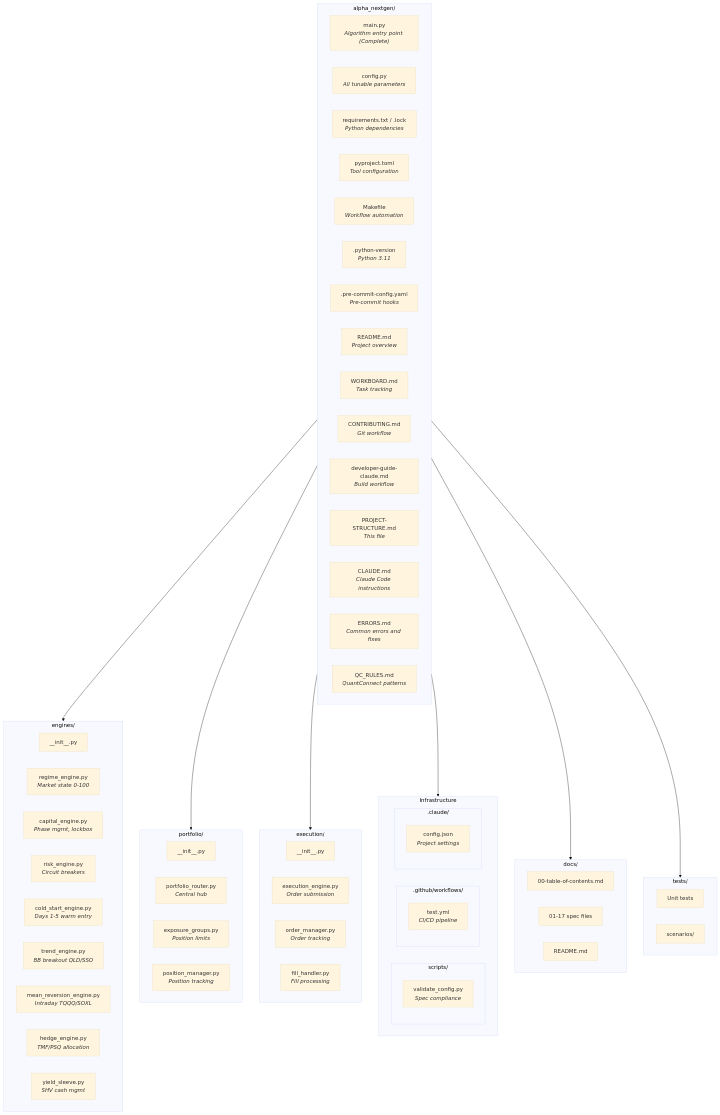
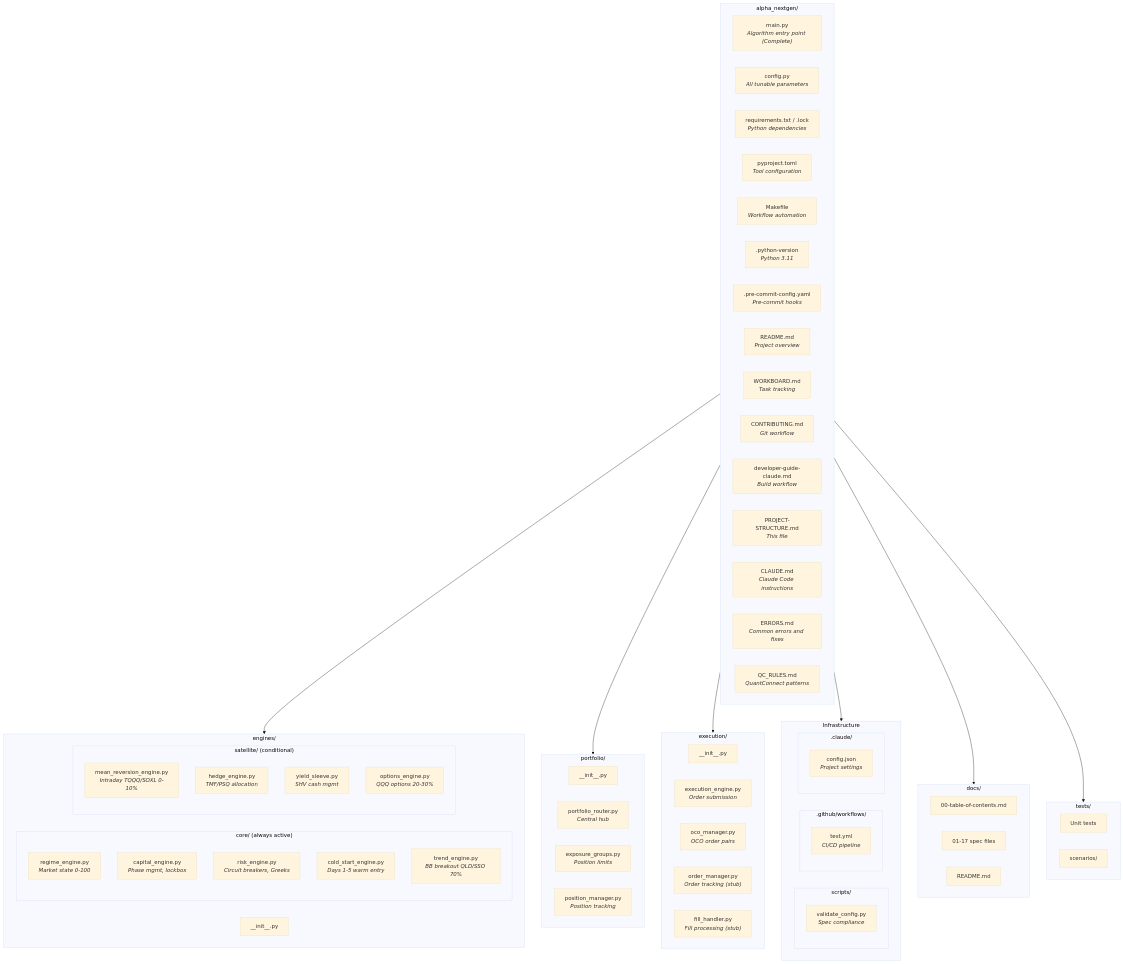
One commit to vickdavinci/alpha-nextgen-v2-private changed the first of 2 diagrams in PROJECT-STRUCTURE.md. Above: the diagram before and after it, drawn with Mermaid (base theme). The commit also changed other lines of this file and 5 other files, not shown here.

First line of the commit message:
docs: add V2.1 documentation for Options Engine and OCO Manager

````diff
--- a/PROJECT-STRUCTURE.md
+++ b/PROJECT-STRUCTURE.md
@@ -10,76 +10,82 @@
 ```mermaid
 flowchart TD
     subgraph ROOT["alpha_nextgen/"]
         MAIN["main.py<br/><i>Algorithm entry point (Complete)</i>"]
         CONFIG["config.py<br/><i>All tunable parameters</i>"]
         REQ["requirements.txt / .lock<br/><i>Python dependencies</i>"]
         PYPROJ["pyproject.toml<br/><i>Tool configuration</i>"]
         MAKEFILE["Makefile<br/><i>Workflow automation</i>"]
         PYVER[".python-version<br/><i>Python 3.11</i>"]
         PRECOMMIT[".pre-commit-config.yaml<br/><i>Pre-commit hooks</i>"]
         README["README.md<br/><i>Project overview</i>"]
         WORKBOARD["WORKBOARD.md<br/><i>Task tracking</i>"]
         CONTRIB["CONTRIBUTING.md<br/><i>Git workflow</i>"]
         DEVGUIDE["developer-guide-claude.md<br/><i>Build workflow</i>"]
         PROJSTRUCT["PROJECT-STRUCTURE.md<br/><i>This file</i>"]
         CLAUDE["CLAUDE.md<br/><i>Claude Code instructions</i>"]
         ERRORS["ERRORS.md<br/><i>Common errors and fixes</i>"]
         QCRULES["QC_RULES.md<br/><i>QuantConnect patterns</i>"]
     end
 
     subgraph ENGINES["engines/"]
         E_INIT["__init__.py"]
-        E_REGIME["regime_engine.py<br/><i>Market state 0-100</i>"]
-        E_CAPITAL["capital_engine.py<br/><i>Phase mgmt, lockbox</i>"]
-        E_RISK["risk_engine.py<br/><i>Circuit breakers</i>"]
-        E_COLD["cold_start_engine.py<br/><i>Days 1-5 warm entry</i>"]
-        E_TREND["trend_engine.py<br/><i>BB breakout QLD/SSO</i>"]
-        E_MR["mean_reversion_engine.py<br/><i>Intraday TQQQ/SOXL</i>"]
-        E_HEDGE["hedge_engine.py<br/><i>TMF/PSQ allocation</i>"]
-        E_YIELD["yield_sleeve.py<br/><i>SHV cash mgmt</i>"]
+        subgraph CORE["core/ (always active)"]
+            E_REGIME["regime_engine.py<br/><i>Market state 0-100</i>"]
+            E_CAPITAL["capital_engine.py<br/><i>Phase mgmt, lockbox</i>"]
+            E_RISK["risk_engine.py<br/><i>Circuit breakers, Greeks</i>"]
+            E_COLD["cold_start_engine.py<br/><i>Days 1-5 warm entry</i>"]
+            E_TREND["trend_engine.py<br/><i>BB breakout QLD/SSO 70%</i>"]
+        end
+        subgraph SATELLITE["satellite/ (conditional)"]
+            E_MR["mean_reversion_engine.py<br/><i>Intraday TQQQ/SOXL 0-10%</i>"]
+            E_HEDGE["hedge_engine.py<br/><i>TMF/PSQ allocation</i>"]
+            E_YIELD["yield_sleeve.py<br/><i>SHV cash mgmt</i>"]
+            E_OPTIONS["options_engine.py<br/><i>QQQ options 20-30%</i>"]
+        end
     end
 
     subgraph PORTFOLIO["portfolio/"]
         P_INIT["__init__.py"]
         P_ROUTER["portfolio_router.py<br/><i>Central hub</i>"]
         P_EXPOSURE["exposure_groups.py<br/><i>Position limits</i>"]
         P_POSITION["position_manager.py<br/><i>Position tracking</i>"]
     end
 
     subgraph EXECUTION["execution/"]
         X_INIT["__init__.py"]
         X_ENGINE["execution_engine.py<br/><i>Order submission</i>"]
-        X_ORDER["order_manager.py<br/><i>Order tracking</i>"]
-        X_FILL["fill_handler.py<br/><i>Fill processing</i>"]
+        X_OCO["oco_manager.py<br/><i>OCO order pairs</i>"]
+        X_ORDER["order_manager.py<br/><i>Order tracking (stub)</i>"]
+        X_FILL["fill_handler.py<br/><i>Fill processing (stub)</i>"]
     end
 
     subgraph INFRA["Infrastructure"]
         subgraph SCRIPTS["scripts/"]
             SC_VALID["validate_config.py<br/><i>Spec compliance</i>"]
         end
         subgraph GITHUB[".github/workflows/"]
             GH_TEST["test.yml<br/><i>CI/CD pipeline</i>"]
         end
         subgraph CLAUDEDIR[".claude/"]
             CL_CONFIG["config.json<br/><i>Project settings</i>"]
         end
     end
 
     subgraph DOCS["docs/"]
         DOC_TOC["00-table-of-contents.md"]
         DOC_SPECS["01-17 spec files"]
         DOC_README["README.md"]
     end
 
     subgraph TESTS["tests/"]
         T_UNIT["Unit tests"]
         T_SCENARIOS["scenarios/"]
     end
 
     ROOT --> ENGINES
     ROOT --> PORTFOLIO
     ROOT --> EXECUTION
     ROOT --> INFRA
     ROOT --> DOCS
     ROOT --> TESTS
 ```
````
